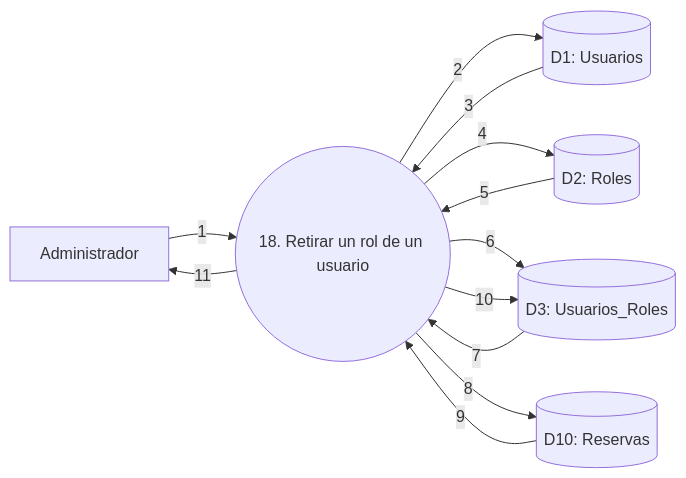
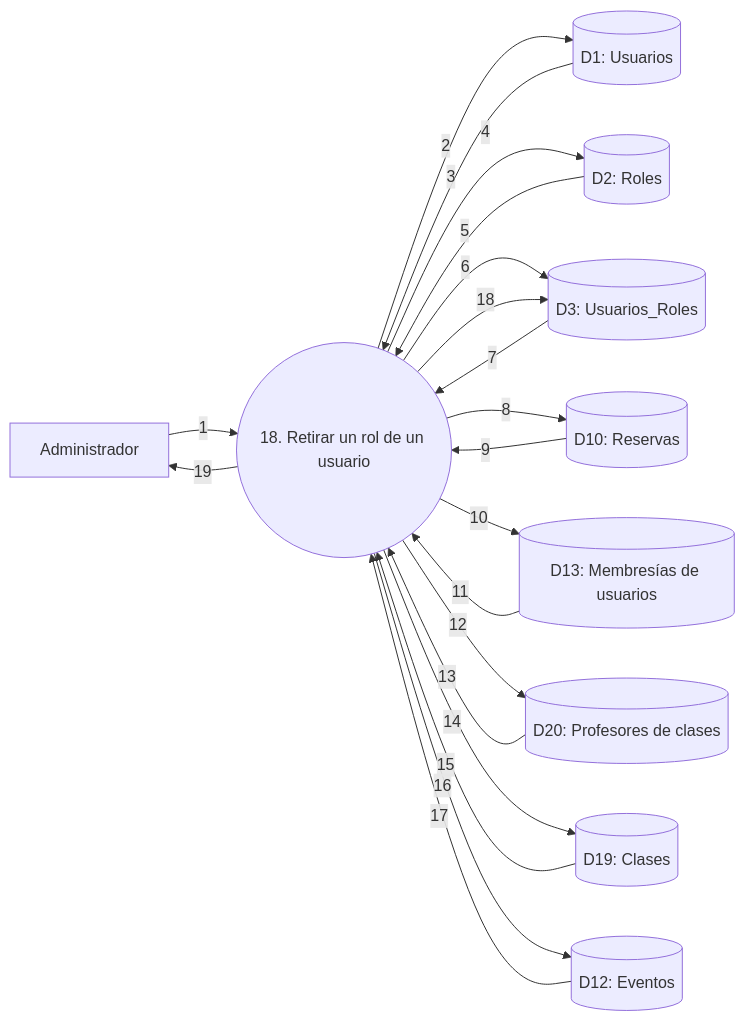
Before and after one commit to fasempertegui/Matchpoint-Taller: diagram 18 of 33 in docs/DFD.md, drawn with Mermaid. The commit also changed other lines of this file and 3 other files, not shown here.

````diff
--- a/docs/DFD.md
+++ b/docs/DFD.md
@@ -535,21 +544,33 @@
 ```mermaid
 flowchart LR
     A[Administrador]
     P((18. Retirar un rol de un usuario))
     D1[(D1: Usuarios)]
     D2[(D2: Roles)]
     D3[(D3: Usuarios_Roles)]
     D10[(D10: Reservas)]
+    D12[(D12: Eventos)]
+    D13[(D13: Membresías de usuarios)]
+    D19[(D19: Clases)]
+    D20[(D20: Profesores de clases)]
 
     A -->|1| P
     P -->|2| D1
     D1 -->|3| P
     P -->|4| D2
     D2 -->|5| P
     P -->|6| D3
     D3 -->|7| P
     P -->|8| D10
     D10 -->|9| P
-    P -->|10| D3
-    P -->|11| A
+    P -->|10| D13
+    D13 -->|11| P
+    P -->|12| D20
+    D20 -->|13| P
+    P -->|14| D19
+    D19 -->|15| P
+    P -->|16| D12
+    D12 -->|17| P
+    P -->|18| D3
+    P -->|19| A
 ```
````
